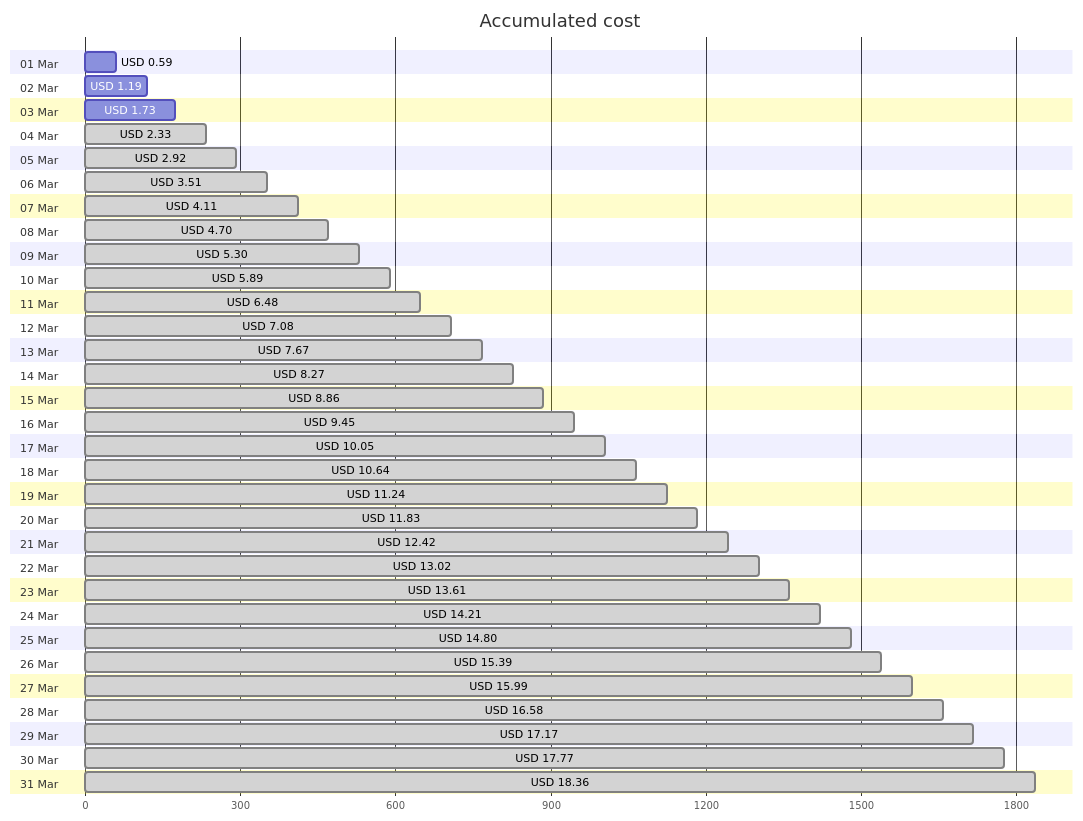
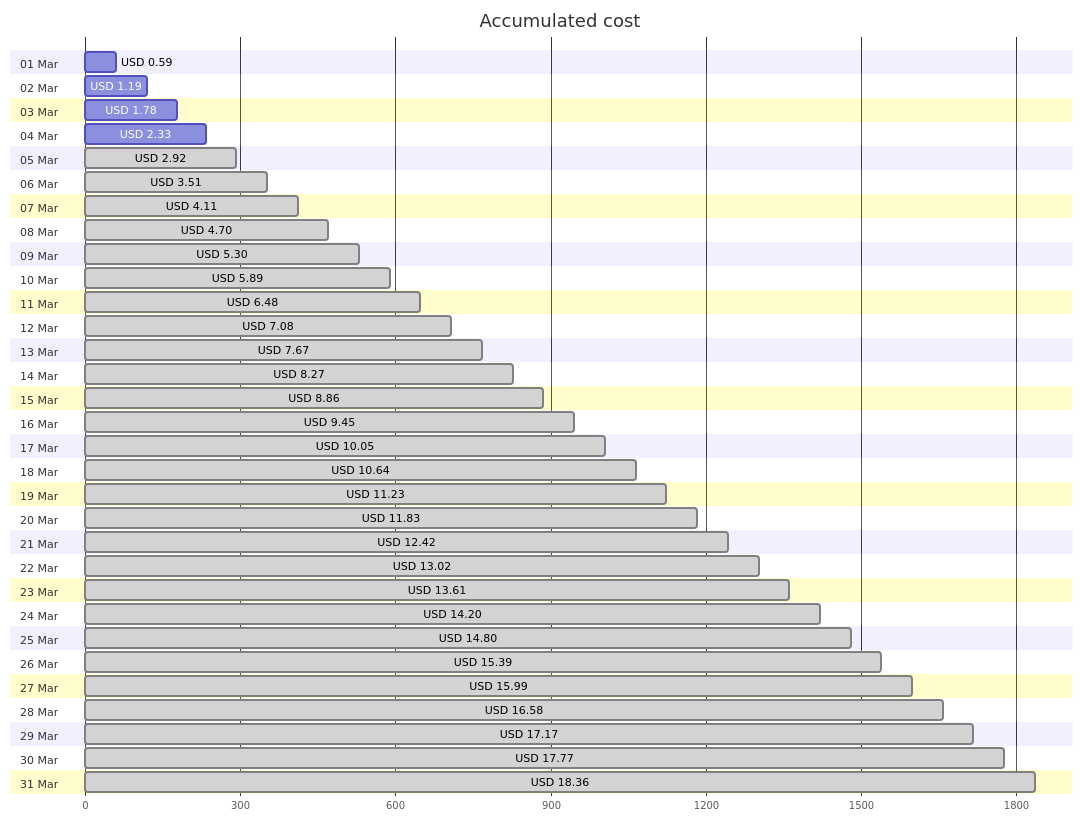
The first of 4 diagrams in cost-reports/personal-site/README.md (jpfulton/azure-personal-reports), drawn with Mermaid before and after one commit. The commit also changed other lines of this file and 6 other files, not shown here.

````diff
--- a/cost-reports/personal-site/README.md
+++ b/cost-reports/personal-site/README.md
@@ -20,68 +20,68 @@
 ```mermaid
 gantt
    title Accumulated cost
    dateFormat  X
    axisFormat %s
    section 01 Mar
    USD 0.59 :0, 59
    section 02 Mar
    USD 1.19 :0, 119
    section 03 Mar
-   USD 1.73 :0, 173
+   USD 1.78 :0, 178
    section 04 Mar
-   USD 2.33 : done, 0, 233
+   USD 2.33 :0, 233
    section 05 Mar
    USD 2.92 : done, 0, 292
    section 06 Mar
    USD 3.51 : done, 0, 351
    section 07 Mar
    USD 4.11 : done, 0, 411
    section 08 Mar
    USD 4.70 : done, 0, 470
    section 09 Mar
    USD 5.30 : done, 0, 530
    section 10 Mar
    USD 5.89 : done, 0, 589
    section 11 Mar
    USD 6.48 : done, 0, 648
    section 12 Mar
    USD 7.08 : done, 0, 708
    section 13 Mar
    USD 7.67 : done, 0, 767
    section 14 Mar
    USD 8.27 : done, 0, 827
    section 15 Mar
    USD 8.86 : done, 0, 886
    section 16 Mar
    USD 9.45 : done, 0, 945
    section 17 Mar
    USD 10.05 : done, 0, 1005
    section 18 Mar
    USD 10.64 : done, 0, 1064
    section 19 Mar
-   USD 11.24 : done, 0, 1124
+   USD 11.23 : done, 0, 1123
    section 20 Mar
    USD 11.83 : done, 0, 1183
    section 21 Mar
    USD 12.42 : done, 0, 1242
    section 22 Mar
    USD 13.02 : done, 0, 1302
    section 23 Mar
    USD 13.61 : done, 0, 1361
    section 24 Mar
-   USD 14.21 : done, 0, 1421
+   USD 14.20 : done, 0, 1420
    section 25 Mar
    USD 14.80 : done, 0, 1480
    section 26 Mar
    USD 15.39 : done, 0, 1539
    section 27 Mar
    USD 15.99 : done, 0, 1599
    section 28 Mar
    USD 16.58 : done, 0, 1658
    section 29 Mar
    USD 17.17 : done, 0, 1717
    section 30 Mar
    USD 17.77 : done, 0, 1777
    section 31 Mar
    USD 18.36 : done, 0, 1836
 ```
````
